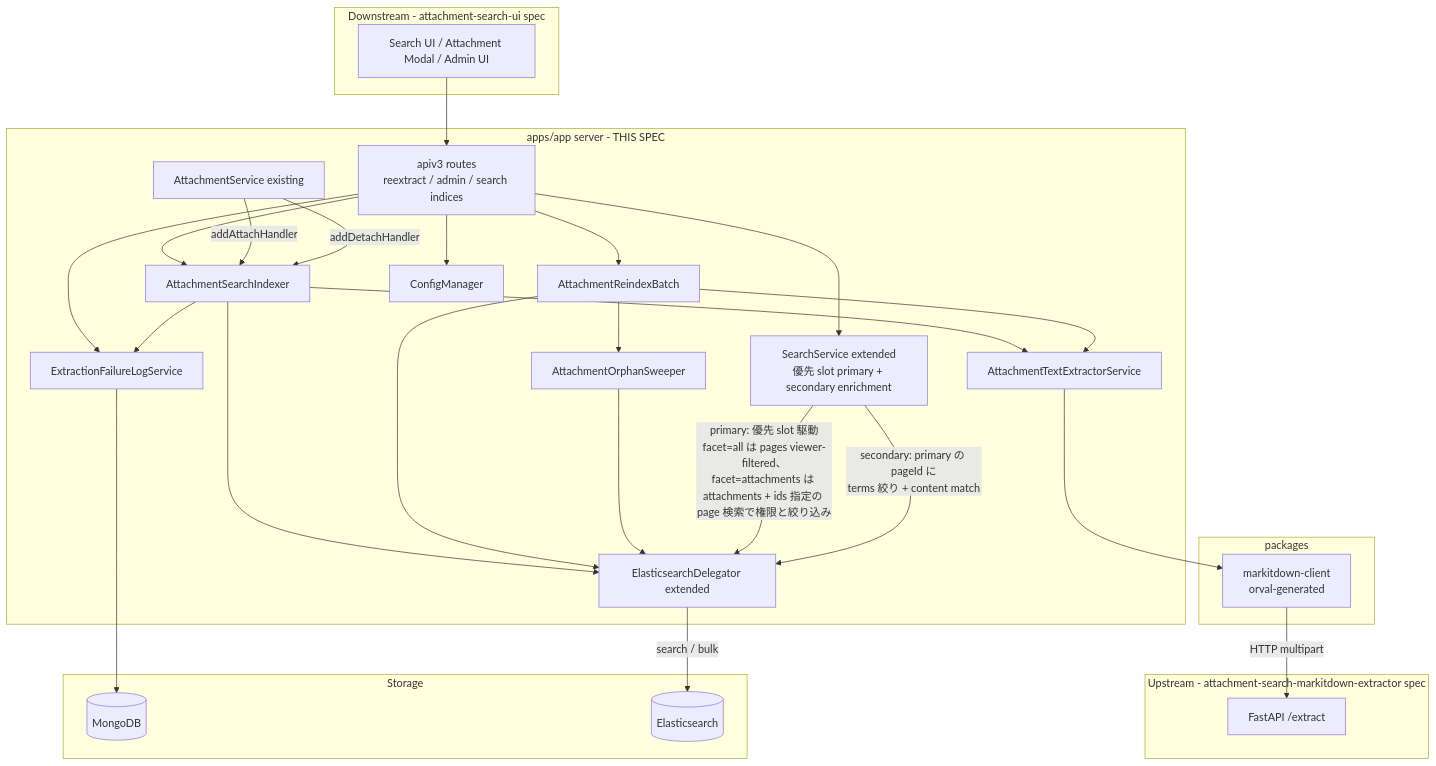
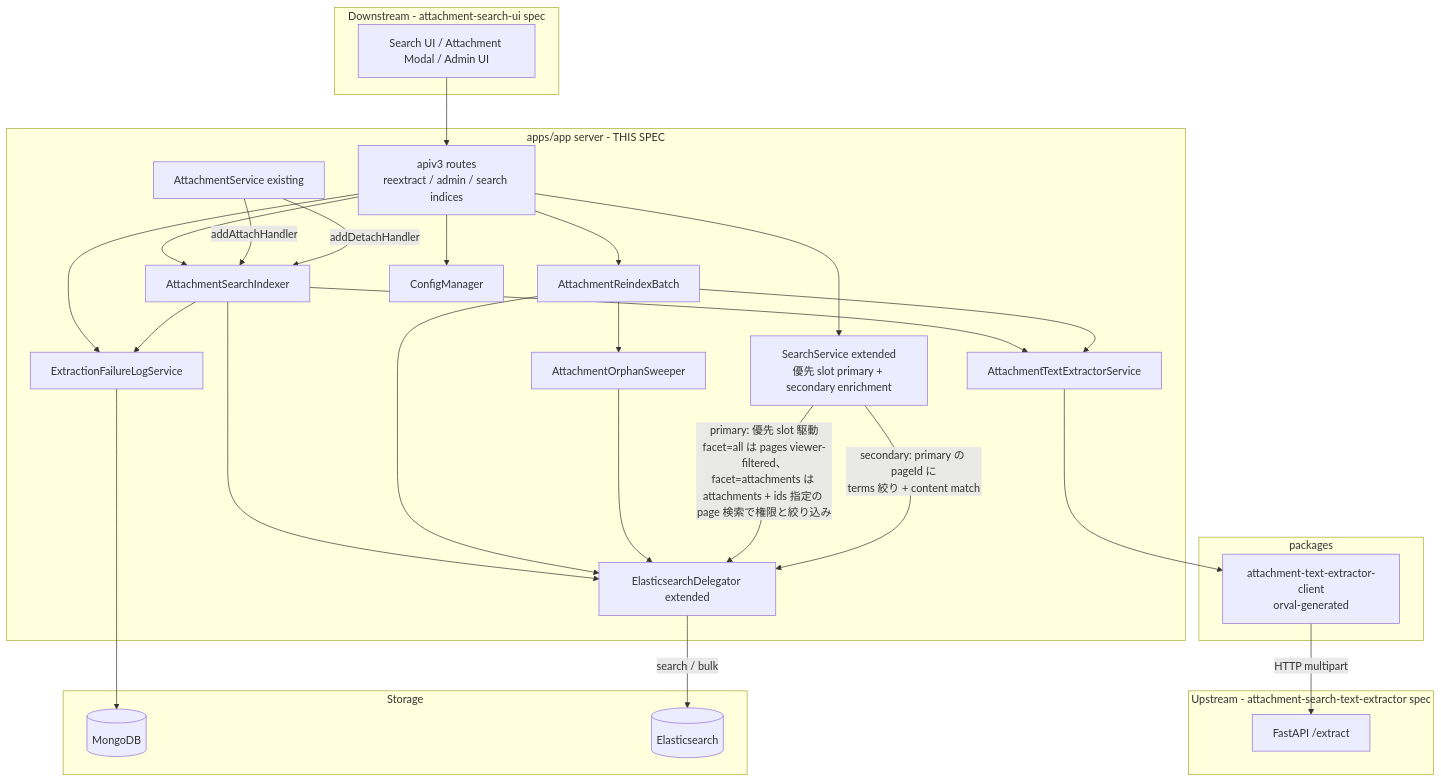
Before and after one commit to growilabs/growi: the first of 6 diagrams in .kiro/specs/attachment-search-indexing/design.md, drawn with Mermaid. The commit also changed other lines of this file and 112 other files, not shown here.

First line of the commit message:
refactor(attachment-search): rename markitdown-specific names to engine-neutral ones

````diff
--- a/.kiro/specs/attachment-search-indexing/design.md
+++ b/.kiro/specs/attachment-search-indexing/design.md
@@ -108,58 +108,58 @@
 ```mermaid
 graph TB
-    subgraph upstream [Upstream - attachment-search-markitdown-extractor spec]
+    subgraph upstream [Upstream - attachment-search-text-extractor spec]
         FastAPI[FastAPI /extract]
     end
 
     subgraph downstream [Downstream - attachment-search-ui spec]
         UI[Search UI / Attachment Modal / Admin UI]
     end
 
     subgraph apps_app [apps/app server - THIS SPEC]
         ApiV3[apiv3 routes<br/>reextract / admin / search indices]
         SearchService[SearchService extended<br/>優先 slot primary + secondary enrichment]
         ESDelegator[ElasticsearchDelegator extended]
         AttachmentService[AttachmentService existing]
         Indexer[AttachmentSearchIndexer]
         Extractor[AttachmentTextExtractorService]
         ReindexBatch[AttachmentReindexBatch]
         OrphanSweeper[AttachmentOrphanSweeper]
         FailureLog[ExtractionFailureLogService]
         ConfigManager[ConfigManager]
     end
 
     subgraph client_pkg [packages]
-        Client[markitdown-client<br/>orval-generated]
+        Client[attachment-text-extractor-client<br/>orval-generated]
     end
 
     subgraph storage [Storage]
         Mongo[(MongoDB)]
         ES[(Elasticsearch)]
     end
 
     UI --> ApiV3
     ApiV3 --> SearchService
     ApiV3 --> ReindexBatch
     ApiV3 --> Indexer
     ApiV3 --> FailureLog
     ApiV3 --> ConfigManager
 
     AttachmentService -->|addAttachHandler| Indexer
     AttachmentService -->|addDetachHandler| Indexer
 
     Indexer --> Extractor
     Indexer --> ESDelegator
     Indexer --> FailureLog
     ReindexBatch --> Extractor
     ReindexBatch --> ESDelegator
     ReindexBatch --> OrphanSweeper
     OrphanSweeper --> ESDelegator
 
     Extractor --> Client
     Client -->|HTTP multipart| FastAPI
 
     SearchService -->|primary: 優先 slot 駆動<br/>facet=all は pages viewer-filtered、facet=attachments は attachments + ids 指定の page 検索で権限と絞り込み| ESDelegator
     SearchService -->|secondary: primary の pageId に<br/>terms 絞り + content match| ESDelegator
     ESDelegator -->|search / bulk| ES
     FailureLog --> Mongo
 ```
````
